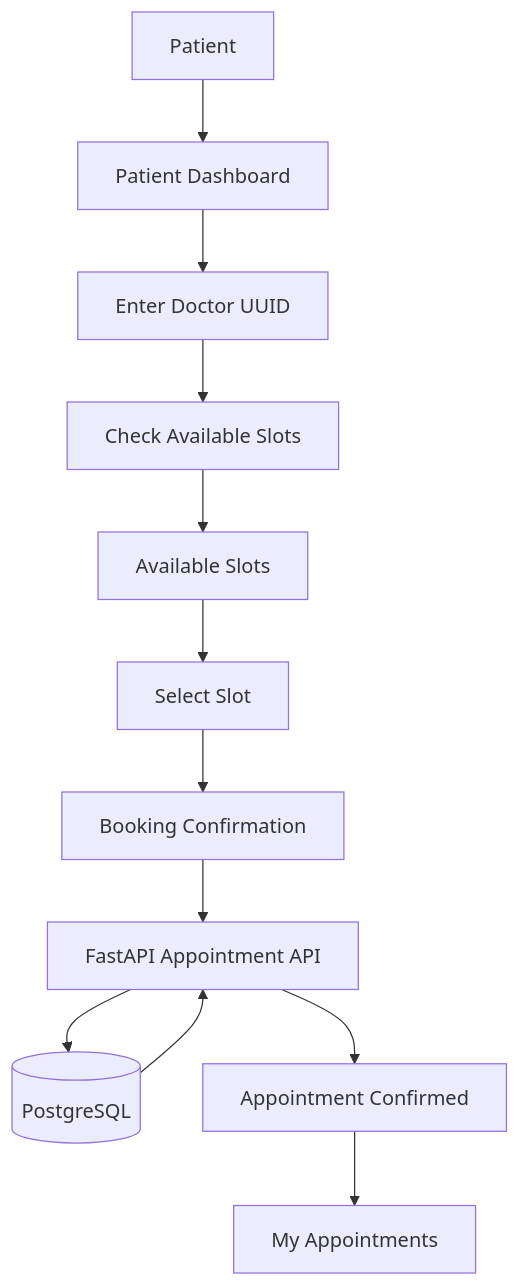
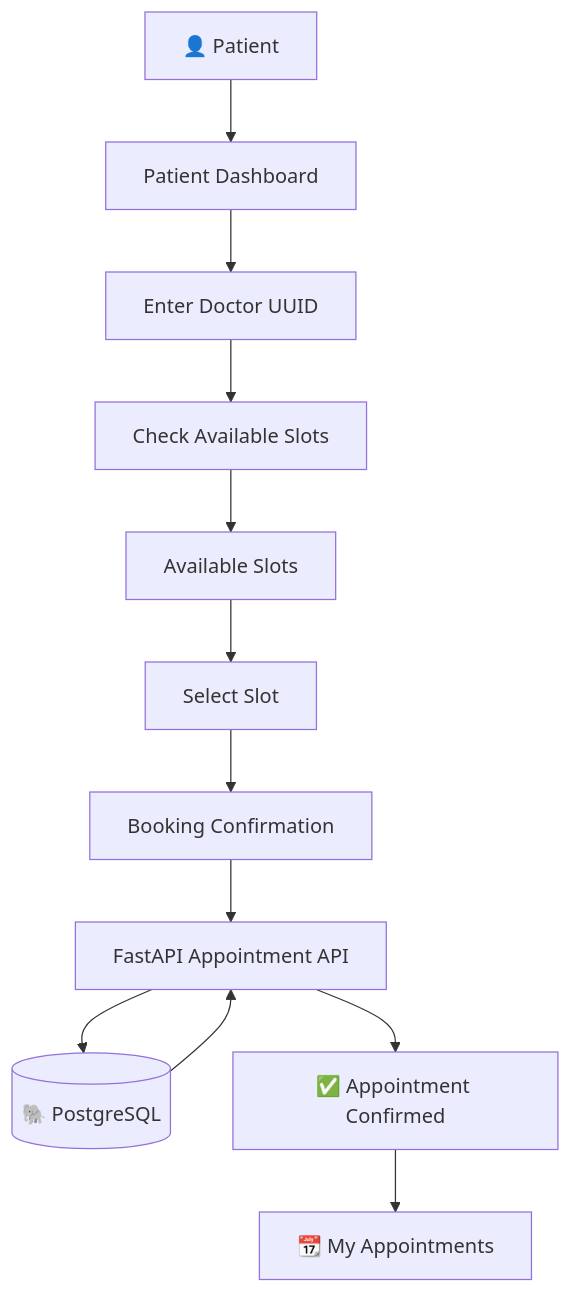
Before and after one commit to Sonali1554/healthcare-appointment-manager: the seventh of 10 diagrams in README.md, drawn with Mermaid. The commit also changed other lines of this file, not shown here.

Commit message:
Update README with architecture and workflows

````diff
--- a/README.md
+++ b/README.md
@@ -492,46 +495,46 @@
 ```mermaid
 flowchart TD
-    PATIENT[" Patient"]
+    PATIENT["👤 Patient"]
 
     DASHBOARD["Patient Dashboard"]
 
     DOCTORID["Enter Doctor UUID"]
 
     CHECK["Check Available Slots"]
 
     SLOTS["Available Slots"]
 
     SELECT["Select Slot"]
 
     CONFIRMATION["Booking Confirmation"]
 
     API["FastAPI Appointment API"]
 
-    DATABASE[(" PostgreSQL")]
+    DATABASE[("🐘 PostgreSQL")]
 
-    SUCCESS[" Appointment Confirmed"]
+    SUCCESS["✅ Appointment Confirmed"]
 
-    MYAPPOINTMENTS[" My Appointments"]
+    MYAPPOINTMENTS["📆 My Appointments"]
 
     PATIENT --> DASHBOARD
 
     DASHBOARD --> DOCTORID
 
     DOCTORID --> CHECK
 
     CHECK --> SLOTS
 
     SLOTS --> SELECT
 
     SELECT --> CONFIRMATION
 
     CONFIRMATION --> API
 
     API --> DATABASE
 
     DATABASE --> API
 
     API --> SUCCESS
 
     SUCCESS --> MYAPPOINTMENTS
 ```
````
